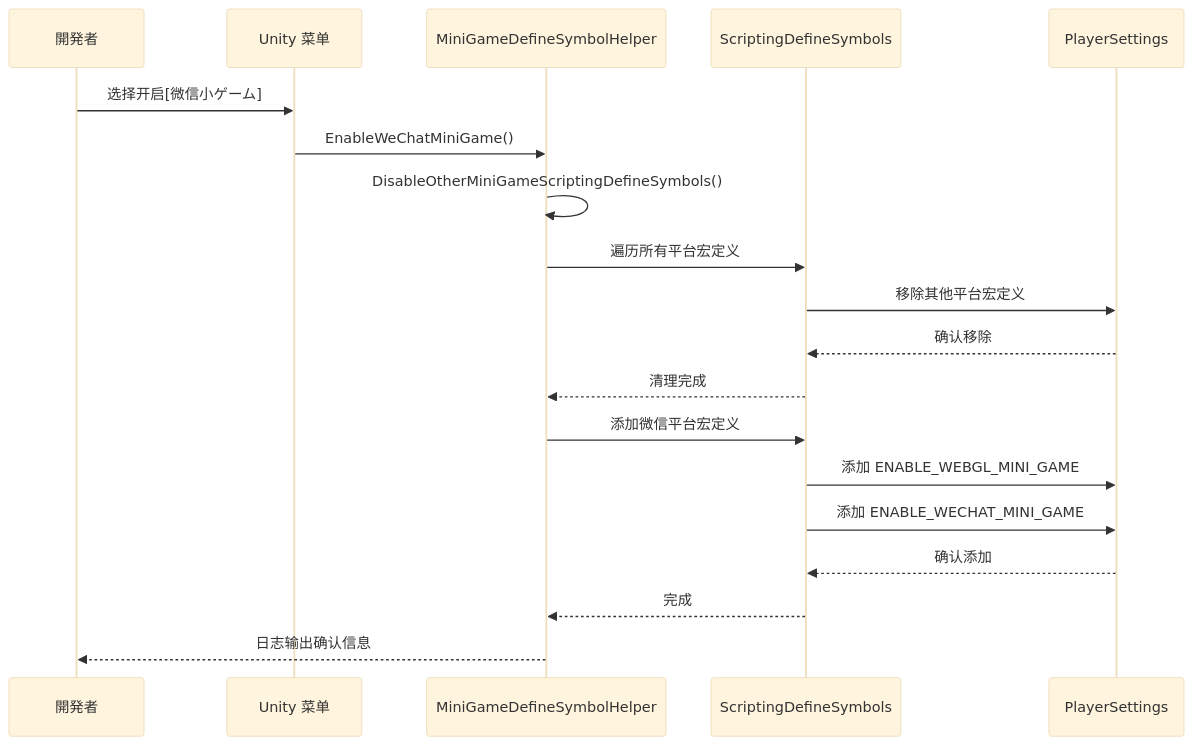
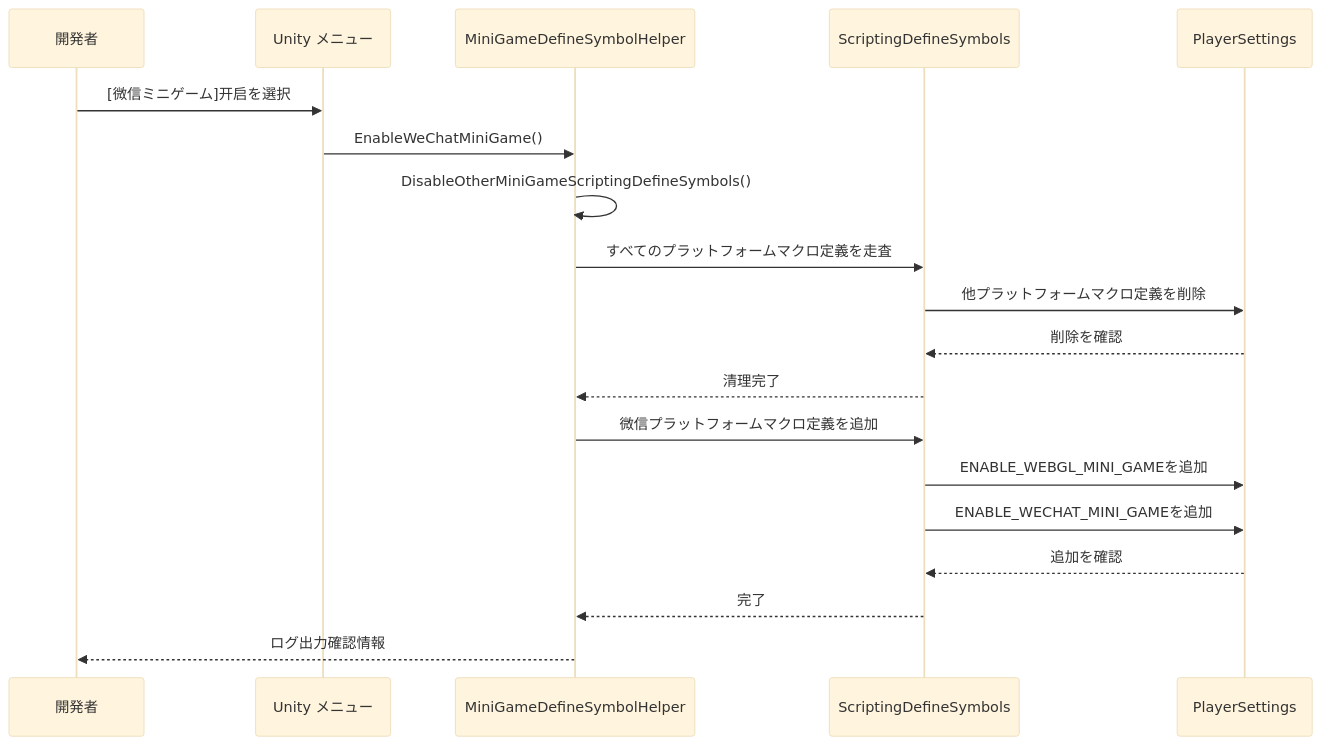
The third of 3 diagrams in docs/ja/client/unity/component/core/19.platforms.md (AlianBlank/GameFrameX.Docs), drawn with Mermaid (base theme) before and after one commit. The commit also changed other lines of this file and 320 other files, not shown here.

````diff
--- a/docs/ja/client/unity/component/core/19.platforms.md
+++ b/docs/ja/client/unity/component/core/19.platforms.md
@@ -107,22 +107,22 @@
 ```mermaid
 sequenceDiagram
     participant Dev as 開発者
-    participant Menu as Unity 菜单
+    participant Menu as Unity メニュー
     participant Helper as MiniGameDefineSymbolHelper
     participant Symbols as ScriptingDefineSymbols
     participant Player as PlayerSettings
 
-    Dev->>Menu: 选择开启[微信小ゲーム]
+    Dev->>Menu: [微信ミニゲーム]开启を選択
     Menu->>Helper: EnableWeChatMiniGame()
     Helper->>Helper: DisableOtherMiniGameScriptingDefineSymbols()
-    Helper->>Symbols: 遍历所有平台宏定义
-    Symbols->>Player: 移除其他平台宏定义
-    Player-->>Symbols: 确认移除
-    Symbols-->>Helper: 清理完成
-    Helper->>Symbols: 添加微信平台宏定义
-    Symbols->>Player: 添加 ENABLE_WEBGL_MINI_GAME
-    Symbols->>Player: 添加 ENABLE_WECHAT_MINI_GAME
-    Player-->>Symbols: 确认添加
-    Symbols-->>Helper: 完成
-    Helper-->>Dev: 日志输出确认信息
+    Helper->>Symbols: すべてのプラットフォームマクロ定義を走査
+    Symbols->>Player: 他プラットフォームマクロ定義を削除
+    Player-->>Symbols: 削除を確認
+    Symbols-->>Helper: 清理完了
+    Helper->>Symbols: 微信プラットフォームマクロ定義を追加
+    Symbols->>Player: ENABLE_WEBGL_MINI_GAMEを追加
+    Symbols->>Player: ENABLE_WECHAT_MINI_GAMEを追加
+    Player-->>Symbols: 追加を確認
+    Symbols-->>Helper: 完了
+    Helper-->>Dev: ログ出力確認情報
 ```
````
